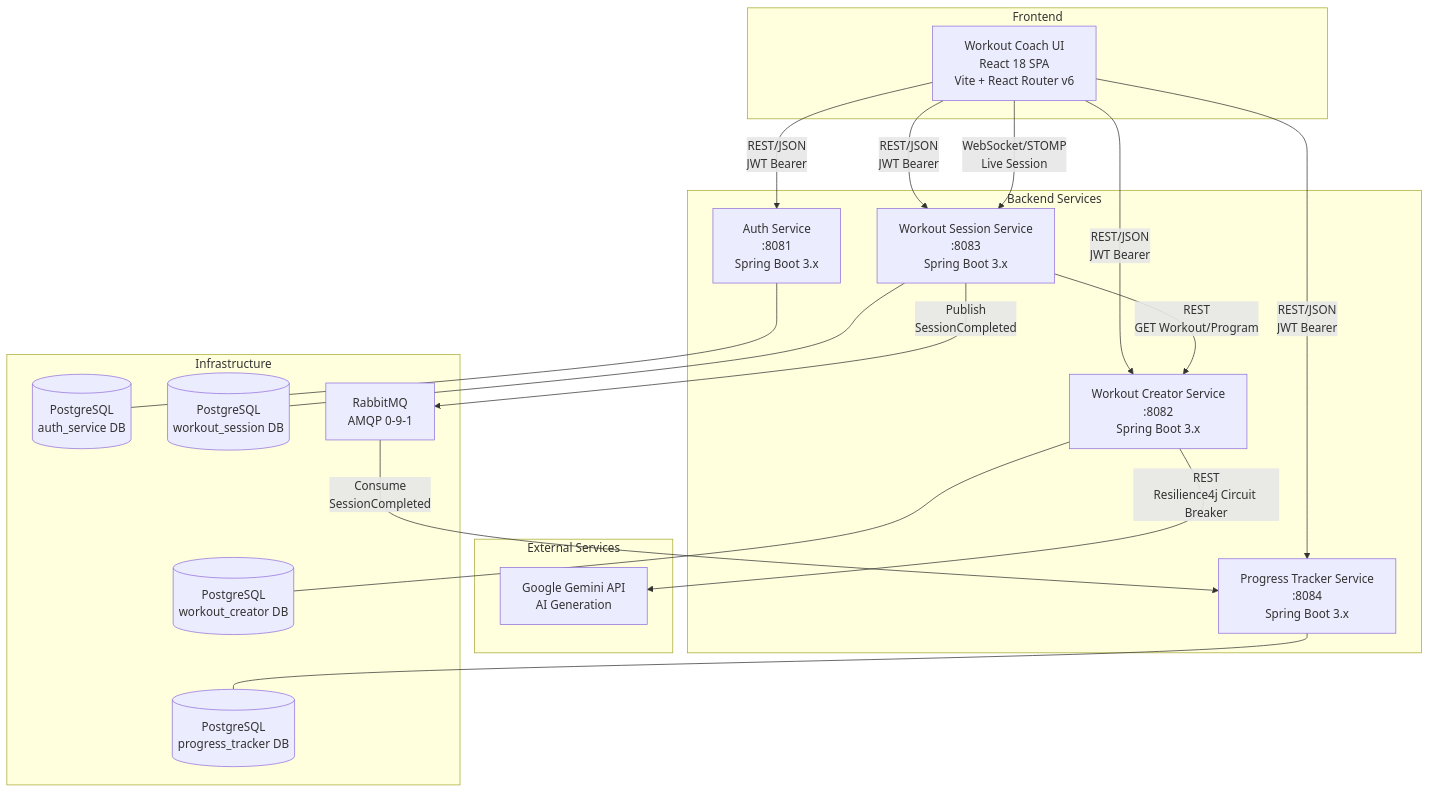
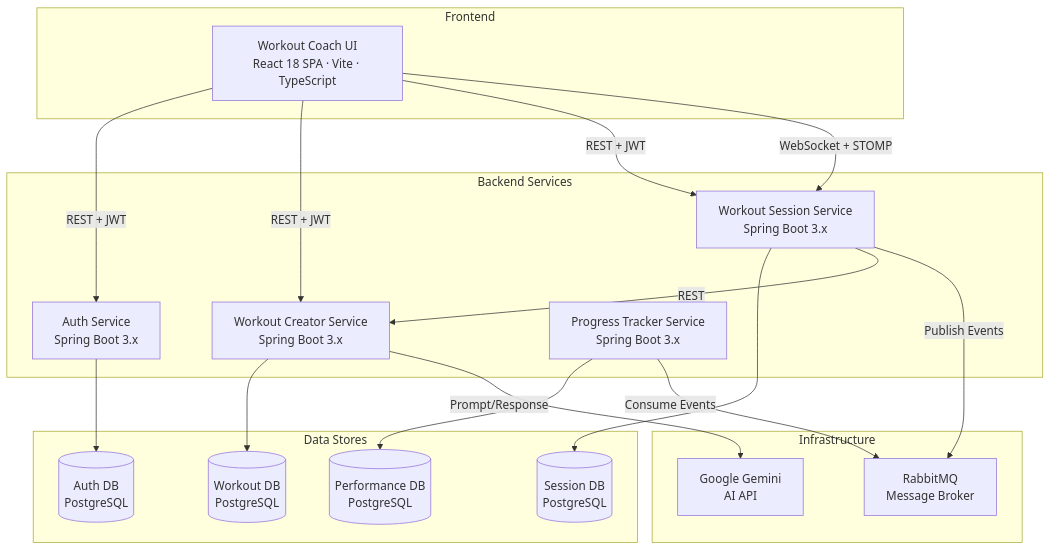
The first of 7 diagrams in docs/architecture-diagrams.md (priyashR/gymTrainer), drawn with Mermaid before and after one commit. The commit also changed other lines of this file, not shown here.

Commit message:
added architecture diagrams

````diff
--- a/docs/architecture-diagrams.md
+++ b/docs/architecture-diagrams.md
@@ -9,48 +9,40 @@
 ```mermaid
 graph TB
     subgraph "Frontend"
-        UI[Workout Coach UI<br/>React 18 SPA<br/>Vite + React Router v6]
+        UI[Workout Coach UI<br/>React 18 SPA · Vite · TypeScript]
     end
 
     subgraph "Backend Services"
-        AUTH[Auth Service<br/>:8081<br/>Spring Boot 3.x]
-        WCS[Workout Creator Service<br/>:8082<br/>Spring Boot 3.x]
-        WSS[Workout Session Service<br/>:8083<br/>Spring Boot 3.x]
-        PTS[Progress Tracker Service<br/>:8084<br/>Spring Boot 3.x]
+        AUTH[Auth Service<br/>Spring Boot 3.x]
+        WCS[Workout Creator Service<br/>Spring Boot 3.x]
+        WSS[Workout Session Service<br/>Spring Boot 3.x]
+        PTS[Progress Tracker Service<br/>Spring Boot 3.x]
     end
 
-    subgraph "External Services"
-        GEMINI[Google Gemini API<br/>AI Generation]
+    subgraph "Data Stores"
+        AUTH_DB[(Auth DB<br/>PostgreSQL)]
+        WCS_DB[(Workout DB<br/>PostgreSQL)]
+        WSS_DB[(Session DB<br/>PostgreSQL)]
+        PTS_DB[(Performance DB<br/>PostgreSQL)]
     end
 
     subgraph "Infrastructure"
-        PG_AUTH[(PostgreSQL<br/>auth_service DB)]
-        PG_WCS[(PostgreSQL<br/>workout_creator DB)]
-        PG_WSS[(PostgreSQL<br/>workout_session DB)]
-        PG_PTS[(PostgreSQL<br/>progress_tracker DB)]
-        RMQ[RabbitMQ<br/>AMQP 0-9-1]
+        MQ[RabbitMQ<br/>Message Broker]
+        GEMINI[Google Gemini<br/>AI API]
     end
 
-    %% Frontend to Backend (REST over HTTPS)
-    UI -->|"REST/JSON<br/>JWT Bearer"| AUTH
-    UI -->|"REST/JSON<br/>JWT Bearer"| WCS
-    UI -->|"REST/JSON<br/>JWT Bearer"| WSS
-    UI -->|"WebSocket/STOMP<br/>Live Session"| WSS
-    UI -->|"REST/JSON<br/>JWT Bearer"| PTS
+    UI -->|REST + JWT| AUTH
+    UI -->|REST + JWT| WCS
+    UI -->|REST + JWT| WSS
+    UI -->|WebSocket + STOMP| WSS
 
-    %% Inter-service REST calls
-    WSS -->|"REST<br/>GET Workout/Program"| WCS
+    AUTH --> AUTH_DB
+    WCS --> WCS_DB
+    WSS --> WSS_DB
+    PTS --> PTS_DB
 
-    %% External API
-    WCS -->|"REST<br/>Resilience4j Circuit Breaker"| GEMINI
-
-    %% Database ownership (exclusive)
-    AUTH --- PG_AUTH
-    WCS --- PG_WCS
-    WSS --- PG_WSS
-    PTS --- PG_PTS
-
-    %% Async messaging via RabbitMQ
-    WSS -->|"Publish<br/>SessionCompleted"| RMQ
-    RMQ -->|"Consume<br/>SessionCompleted"| PTS
+    WCS -->|Prompt/Response| GEMINI
+    WSS -->|REST| WCS
+    WSS -->|Publish Events| MQ
+    PTS -->|Consume Events| MQ
 ```
````
